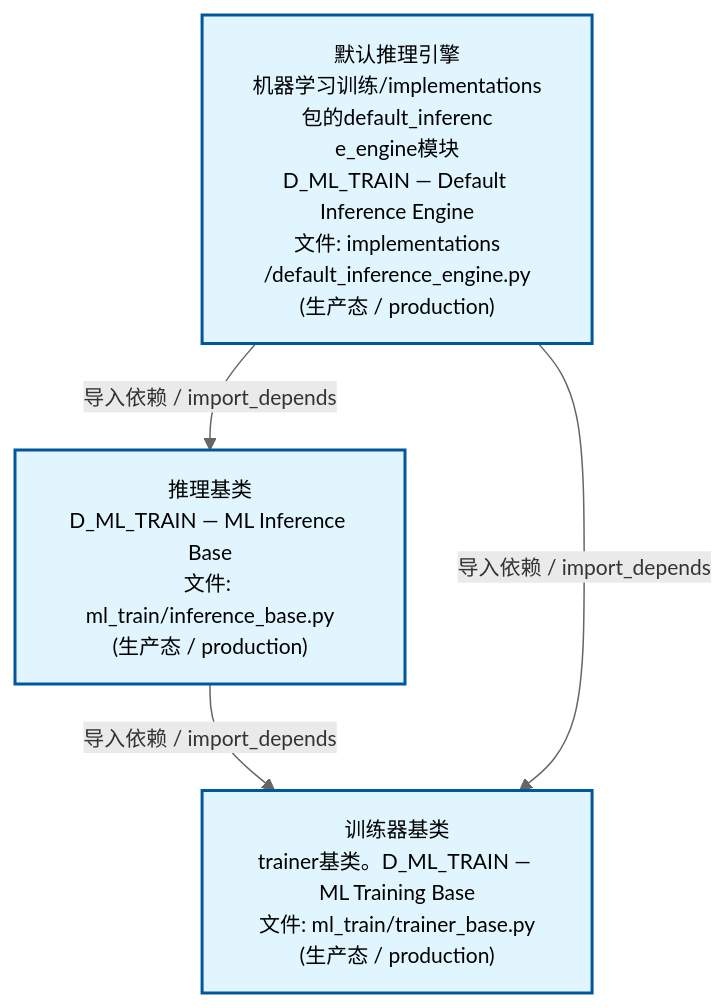
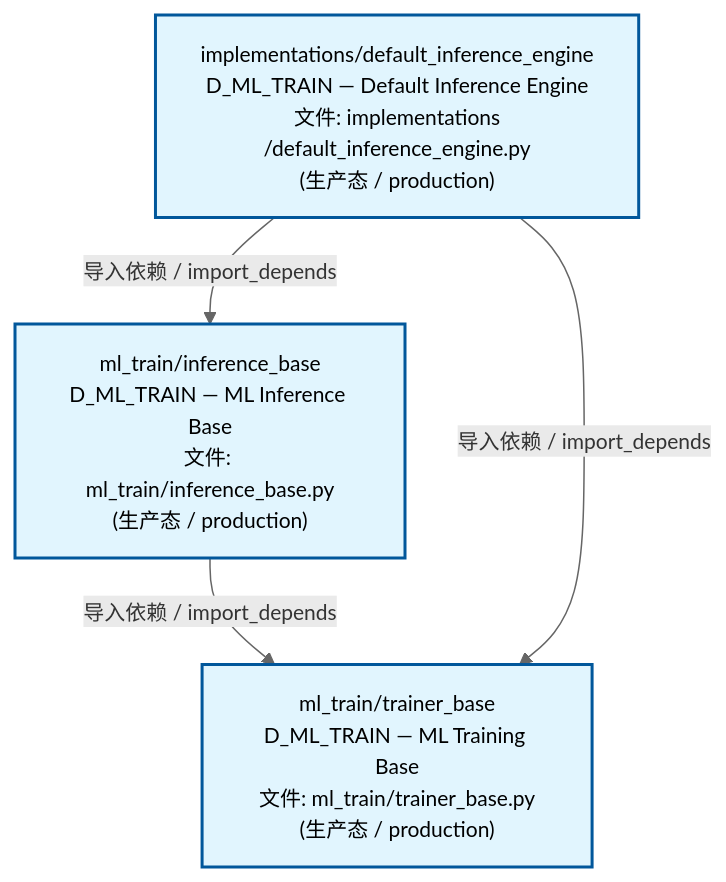
One commit to xuanFelixVan/ZephyrAlpha changed the second of 4 diagrams in docs/02_enterprise_architecture/02_domain_architecture_docs/61_d_ml_train.md. Above: the diagram before and after it, drawn with Mermaid. The commit also changed other lines of this file and 58 other files, not shown here.

````diff
--- a/docs/02_enterprise_architecture/02_domain_architecture_docs/61_d_ml_train.md
+++ b/docs/02_enterprise_architecture/02_domain_architecture_docs/61_d_ml_train.md
@@ -99,15 +99,15 @@
 ```mermaid
 %%{init: {'theme': 'base', 'themeVariables': {'primaryColor': '#eaeaea', 'primaryTextColor': '#333333', 'primaryBorderColor': '#666666', 'lineColor': '#666666', 'secondaryColor': '#eaeaea', 'tertiaryColor': '#eaeaea', 'fontSize': '14px'}}}%%
 flowchart TD
-    src_zephyr_ml_train_implementations_default_inference_engine_py["默认推理引擎<br/>机器学习训练/implementations包的default_inferenc<br/>e_engine模块<br/>D_ML_TRAIN — Default Inference Engine<br/>文件: implementations<br/>/default_inference_engine.py<br/>(生产态 / production)"]
-    src_zephyr_ml_train_inference_base_py["推理基类<br/>D_ML_TRAIN — ML Inference Base<br/>文件: ml_train/inference_base.py<br/>(生产态 / production)"]
-    src_zephyr_ml_train_trainer_base_py["训练器基类<br/>trainer基类。D_ML_TRAIN — ML Training Base<br/>文件: ml_train/trainer_base.py<br/>(生产态 / production)"]
+    src_zephyr_ml_train_implementations_default_inference_engine_py["implementations/default_inference_engine<br/>D_ML_TRAIN — Default Inference Engine<br/>文件: implementations<br/>/default_inference_engine.py<br/>(生产态 / production)"]
+    src_zephyr_ml_train_inference_base_py["ml_train/inference_base<br/>D_ML_TRAIN — ML Inference Base<br/>文件: ml_train/inference_base.py<br/>(生产态 / production)"]
+    src_zephyr_ml_train_trainer_base_py["ml_train/trainer_base<br/>D_ML_TRAIN — ML Training Base<br/>文件: ml_train/trainer_base.py<br/>(生产态 / production)"]
     src_zephyr_ml_train_inference_base_py -->|导入依赖 / import_depends| src_zephyr_ml_train_trainer_base_py
     src_zephyr_ml_train_implementations_default_inference_engine_py -->|导入依赖 / import_depends| src_zephyr_ml_train_inference_base_py
     src_zephyr_ml_train_implementations_default_inference_engine_py -->|导入依赖 / import_depends| src_zephyr_ml_train_trainer_base_py
     classDef production fill:#e1f5fe,stroke:#01579b,stroke-width:2px,color:#000
     classDef design fill:#fff3e0,stroke:#e65100,stroke-width:2px,color:#000,stroke-dasharray: 5 5
     classDef external_prod fill:#e8f4fd,stroke:#0277bd,stroke-width:1px,color:#000
     classDef external_design fill:#fff8e7,stroke:#ef6c00,stroke-width:1px,color:#000,stroke-dasharray: 5 5
     class src_zephyr_ml_train_implementations_default_inference_engine_py,src_zephyr_ml_train_inference_base_py,src_zephyr_ml_train_trainer_base_py production
 ```
````
